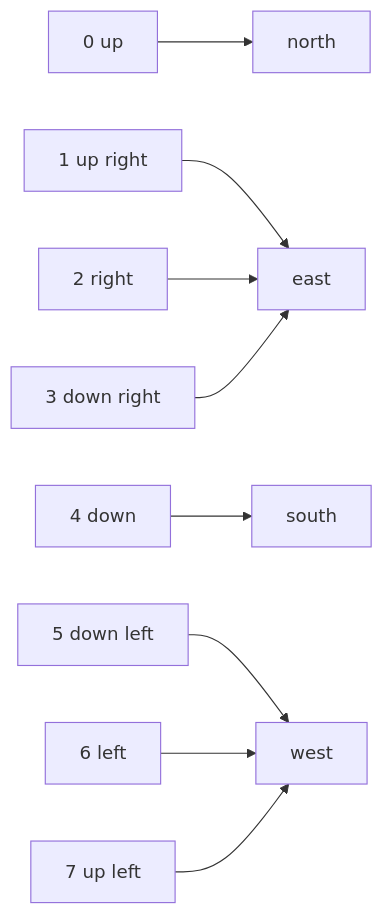
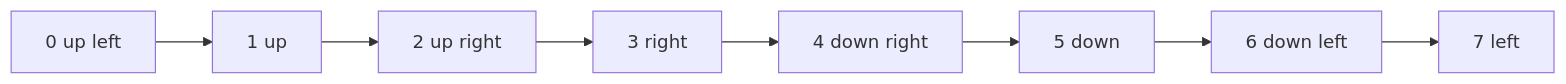
One commit to kfeuerschvenger/perlinsedge changed the second of 2 diagrams in tools/pixelart/README.md. Above: the diagram before and after it, drawn with Mermaid. The commit also changed other lines of this file and 7 other files, not shown here.

````diff
--- a/tools/pixelart/README.md
+++ b/tools/pixelart/README.md
@@ -52,11 +53,4 @@
 ```mermaid
 flowchart LR
-  C0[0 up] --> north
-  C1[1 up right] --> east
-  C2[2 right] --> east
-  C3[3 down right] --> east
-  C4[4 down] --> south
-  C5[5 down left] --> west
-  C6[6 left] --> west
-  C7[7 up left] --> west
+  C0[0 up left] --> C1[1 up] --> C2[2 up right] --> C3[3 right] --> C4[4 down right] --> C5[5 down] --> C6[6 down left] --> C7[7 left]
 ```
````
